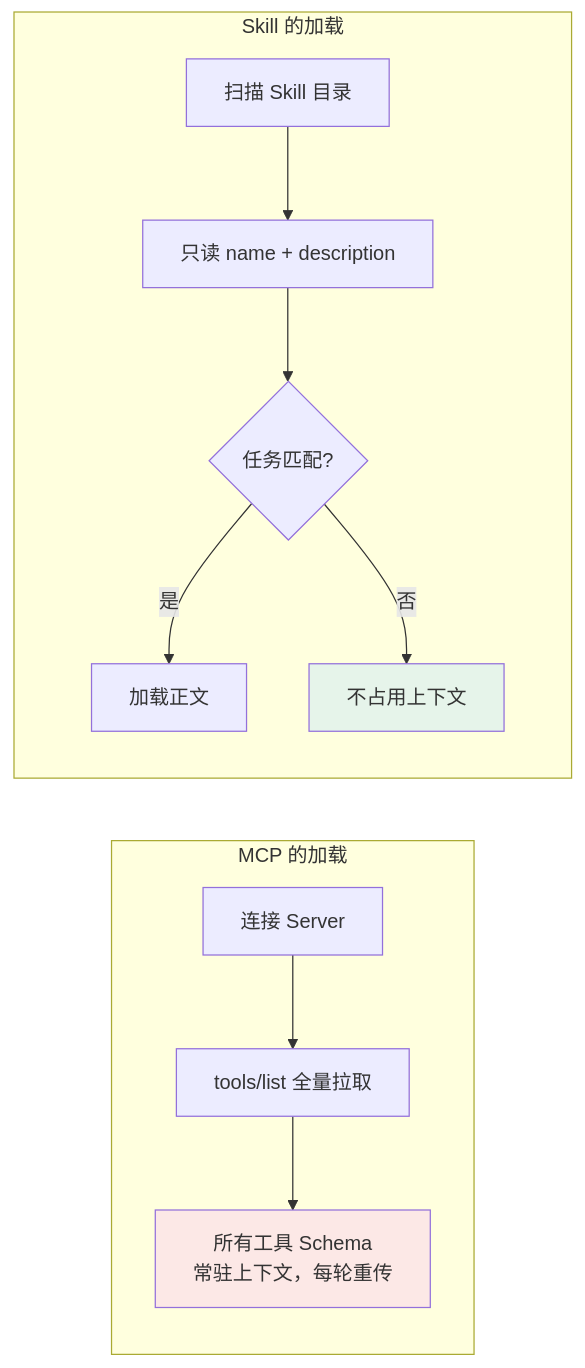
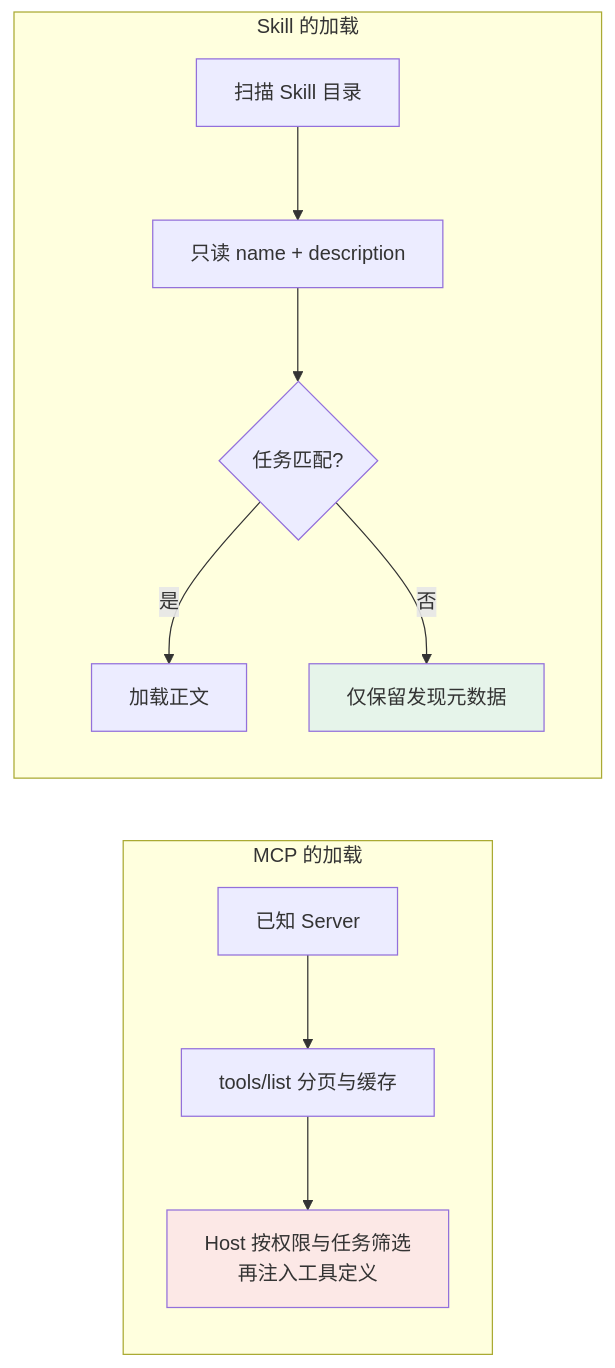
One commit to oneleaveknowsthefall/awesome-ai-roadmap changed the second of 4 diagrams in docs/tools/03-skills/09-skill-vs-mcp.md. Above: the diagram before and after it, drawn with Mermaid. The commit also changed other lines of this file and 50 other files, not shown here.

````diff
--- a/docs/tools/03-skills/09-skill-vs-mcp.md
+++ b/docs/tools/03-skills/09-skill-vs-mcp.md
@@ -74,17 +79,17 @@
 ```mermaid
 flowchart LR
     subgraph MCP_L["MCP 的加载"]
-        M1[连接 Server] --> M2[tools/list 全量拉取]
-        M2 --> M3["所有工具 Schema<br/>常驻上下文，每轮重传"]
+        M1[已知 Server] --> M2[tools/list 分页与缓存]
+        M2 --> M3["Host 按权限与任务筛选<br/>再注入工具定义"]
     end
 
     subgraph SKILL_L["Skill 的加载"]
         S1[扫描 Skill 目录] --> S2["只读 name + description"]
         S2 --> S3{任务匹配?}
         S3 -->|是| S4[加载正文]
-        S3 -->|否| S5[不占用上下文]
+        S3 -->|否| S5[仅保留发现元数据]
     end
 
     style M3 fill:#fce8e6
     style S5 fill:#e6f4ea
 ```
````
